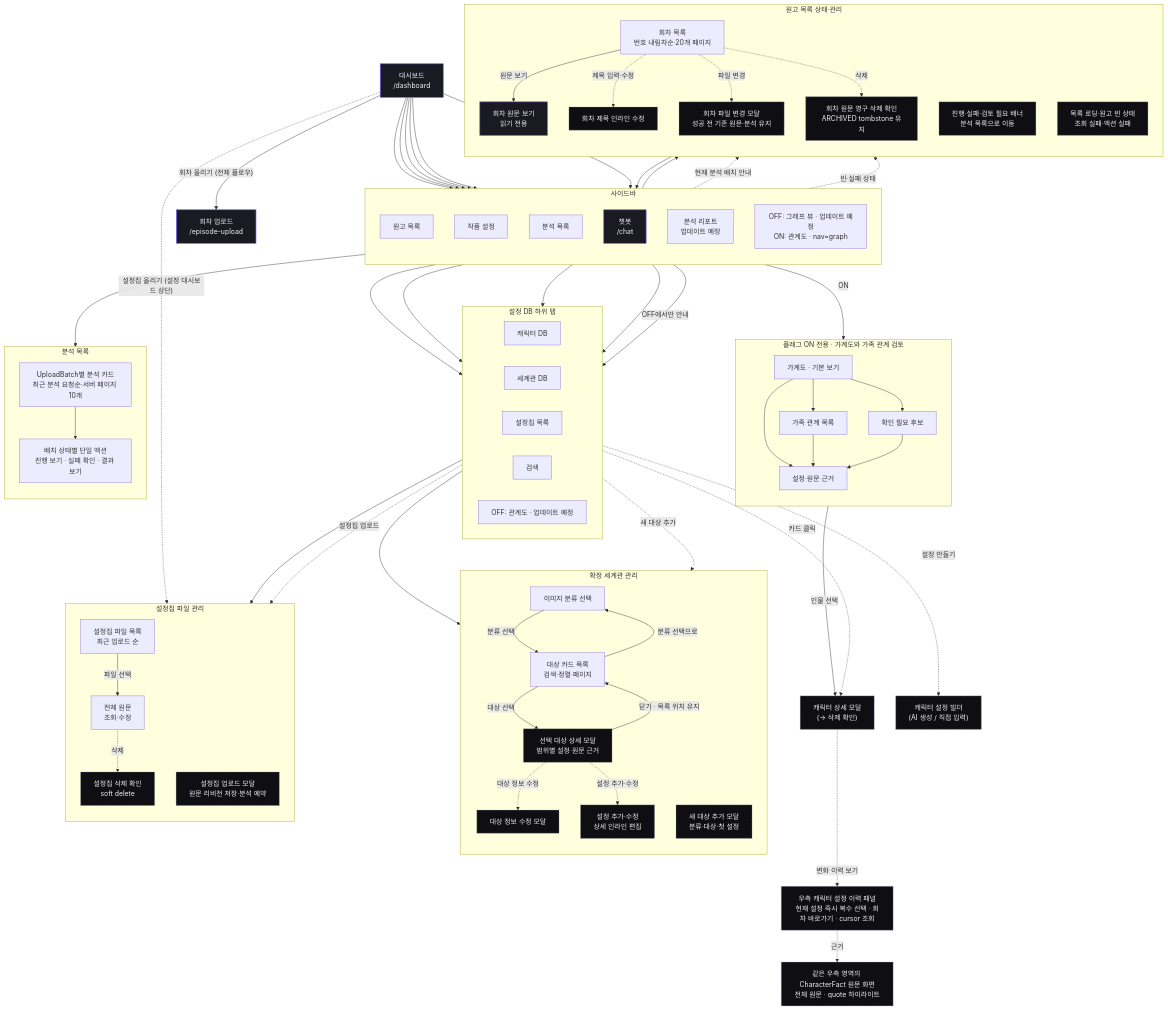
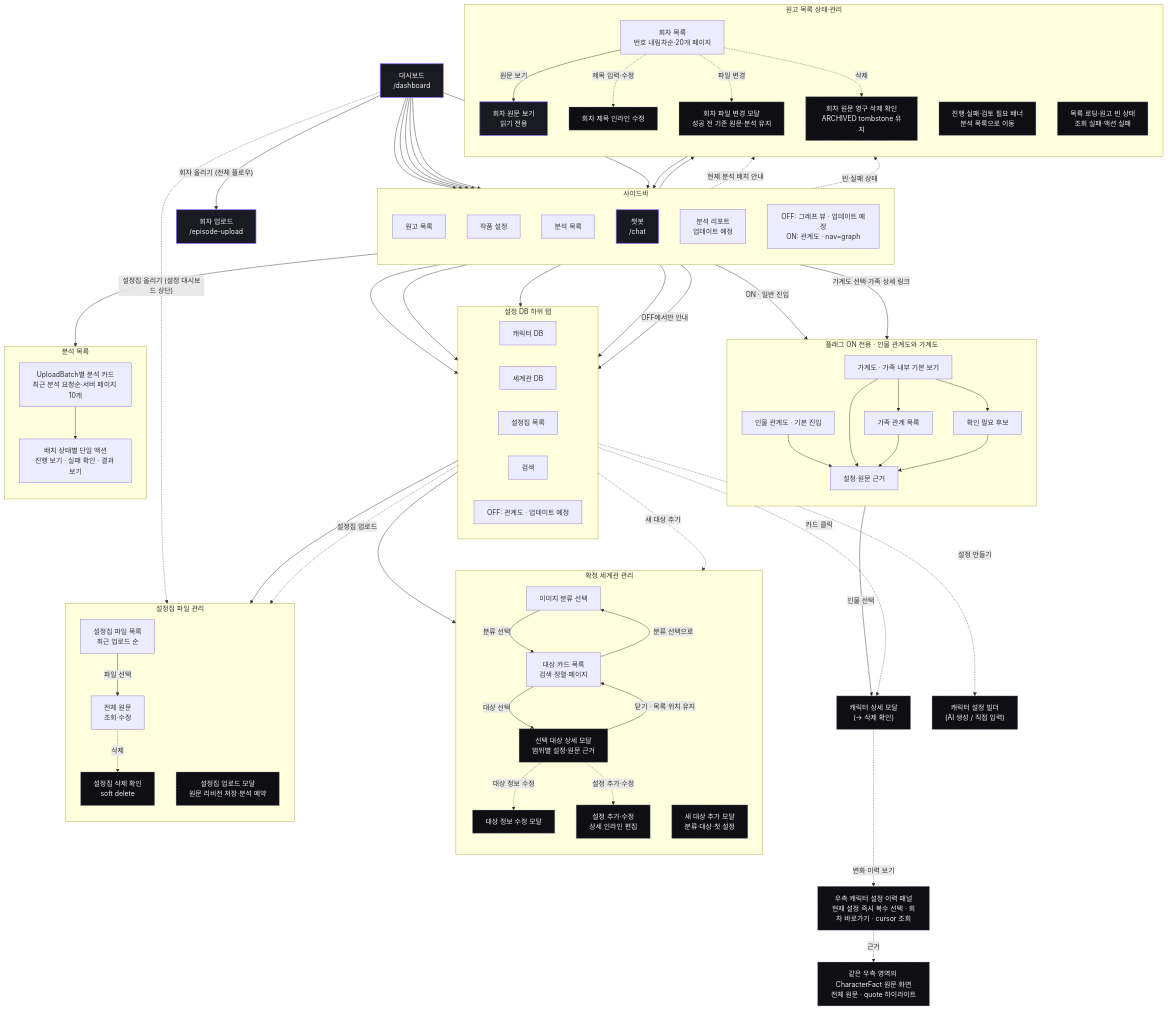
The seventh of 13 diagrams in docs/screen-flow.md (catchhole-soma/catchhole-front), drawn with Mermaid before and after one commit. The commit also changed other lines of this file and 39 other files, not shown here.

```diff
--- a/docs/screen-flow.md
+++ b/docs/screen-flow.md
@@ -392,14 +392,17 @@
   nav_settingDB --> t_char & t_worlddb & t_world & t_search
   nav_settingDB -->|OFF에서만 안내| t_relations
 
-  subgraph RELATIONSHIPS["플래그 ON 전용 · 가계도와 가족 관계 검토"]
+  subgraph RELATIONSHIPS["플래그 ON 전용 · 인물 관계도와 가계도"]
     direction TB
-    relation_tree["가계도 · 기본 보기"]
+    relation_people["인물 관계도 · 기본 진입"]
+    relation_tree["가계도 · 가족 내부 기본 보기"]
     relation_list["가족 관계 목록"]
     relation_review["확인 필요 후보"]
     relation_evidence["설정·원문 근거"]
   end
-  nav_graph -->|ON| relation_tree
+  nav_graph -->|ON · 일반 진입| relation_people
+  nav_graph -->|가계도 선택·가족 상세 링크| relation_tree
+  relation_people --> relation_evidence
   relation_tree --> relation_list & relation_review & relation_evidence
   relation_tree -->|인물 선택| m_chardetail
   relation_list --> relation_evidence
```
